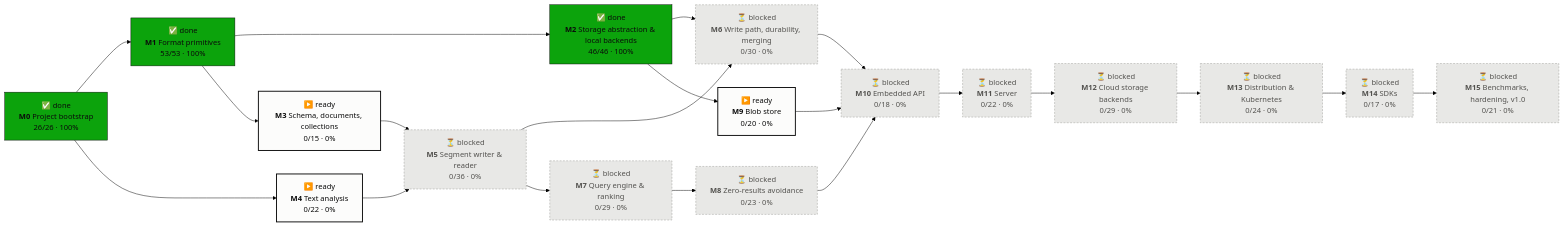
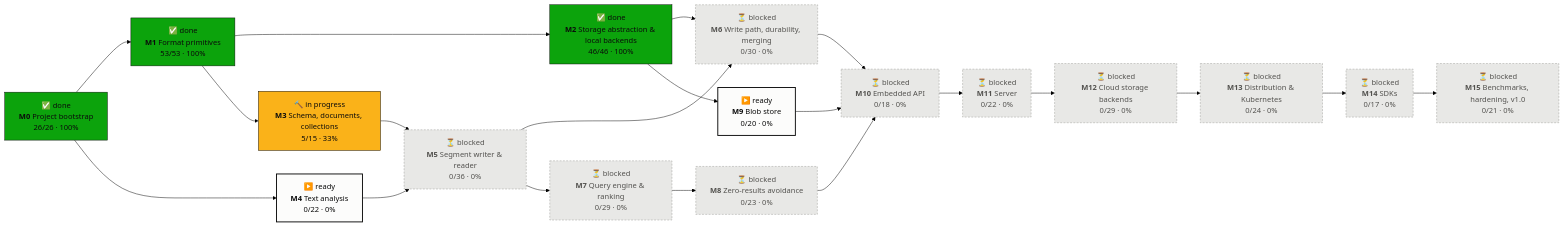
One commit to tomiok/persiaDB changed the first of 2 diagrams in PROGRESS.md. Above: the diagram before and after it, drawn with Mermaid (forest theme). The commit also changed other lines of this file and 25 other files, not shown here.

First line of the commit message:
Collection schema model: strict JSON, schema hash, evolution (ROADMAP 3.1.1–3.1.4) (#11)

````diff
--- a/PROGRESS.md
+++ b/PROGRESS.md
@@ -14,42 +14,42 @@
 ```mermaid
 flowchart LR
   M0["✅ done<br/><b>M0</b> Project bootstrap<br/>26/26 · 100%"]:::done
   M1["✅ done<br/><b>M1</b> Format primitives<br/>53/53 · 100%"]:::done
   M2["✅ done<br/><b>M2</b> Storage abstraction & local backends<br/>46/46 · 100%"]:::done
-  M3["▶️ ready<br/><b>M3</b> Schema, documents, collections<br/>0/15 · 0%"]:::ready
+  M3["🔨 in progress<br/><b>M3</b> Schema, documents, collections<br/>5/15 · 33%"]:::doing
   M4["▶️ ready<br/><b>M4</b> Text analysis<br/>0/22 · 0%"]:::ready
   M5["⏳ blocked<br/><b>M5</b> Segment writer & reader<br/>0/36 · 0%"]:::blocked
   M6["⏳ blocked<br/><b>M6</b> Write path, durability, merging<br/>0/30 · 0%"]:::blocked
   M7["⏳ blocked<br/><b>M7</b> Query engine & ranking<br/>0/29 · 0%"]:::blocked
   M8["⏳ blocked<br/><b>M8</b> Zero-results avoidance<br/>0/23 · 0%"]:::blocked
   M9["▶️ ready<br/><b>M9</b> Blob store<br/>0/20 · 0%"]:::ready
   M10["⏳ blocked<br/><b>M10</b> Embedded API<br/>0/18 · 0%"]:::blocked
   M11["⏳ blocked<br/><b>M11</b> Server<br/>0/22 · 0%"]:::blocked
   M12["⏳ blocked<br/><b>M12</b> Cloud storage backends<br/>0/29 · 0%"]:::blocked
   M13["⏳ blocked<br/><b>M13</b> Distribution & Kubernetes<br/>0/24 · 0%"]:::blocked
   M14["⏳ blocked<br/><b>M14</b> SDKs<br/>0/17 · 0%"]:::blocked
   M15["⏳ blocked<br/><b>M15</b> Benchmarks, hardening, v1.0<br/>0/21 · 0%"]:::blocked
   M0 --> M1
   M1 --> M2
   M1 --> M3
   M0 --> M4
   M3 --> M5
   M4 --> M5
   M2 --> M6
   M5 --> M6
   M5 --> M7
   M7 --> M8
   M2 --> M9
   M6 --> M10
   M8 --> M10
   M9 --> M10
   M10 --> M11
   M11 --> M12
   M12 --> M13
   M13 --> M14
   M14 --> M15
   classDef done fill:#0ca30c,stroke:#0b0b0b,color:#0b0b0b
   classDef doing fill:#fab219,stroke:#0b0b0b,color:#0b0b0b
   classDef ready fill:#fcfcfb,stroke:#0b0b0b,stroke-width:2px,color:#0b0b0b
   classDef blocked fill:#e8e8e6,stroke:#9a9a96,stroke-dasharray:4 3,color:#52514e
 ```
````
